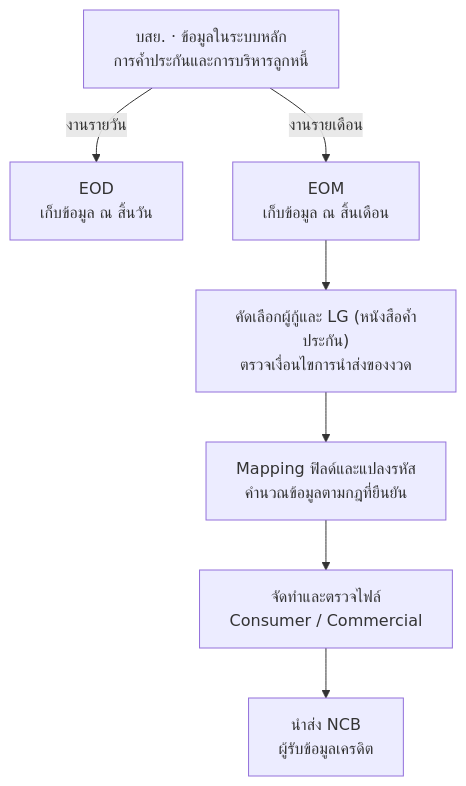
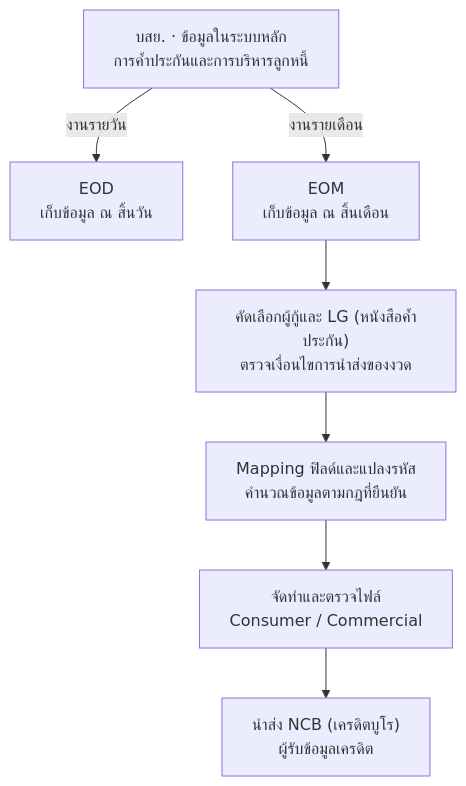
Before and after one commit to yukasung/eodncb: the first of 4 diagrams in app/overview/page.mdx, drawn with Mermaid. The commit also changed other lines of this file and 16 other files, not shown here.

````diff
--- a/app/overview/page.mdx
+++ b/app/overview/page.mdx
@@ -44,10 +50,10 @@
 ```mermaid
 flowchart TD
     A["บสย. · ข้อมูลในระบบหลัก<br/>การค้ำประกันและการบริหารลูกหนี้"]
     A -->|งานรายวัน| B["EOD<br/>เก็บข้อมูล ณ สิ้นวัน"]
     A -->|งานรายเดือน| C["EOM<br/>เก็บข้อมูล ณ สิ้นเดือน"]
     C --> D["คัดเลือกผู้กู้และ LG (หนังสือค้ำประกัน)<br/>ตรวจเงื่อนไขการนำส่งของงวด"]
     D --> E["Mapping ฟิลด์และแปลงรหัส<br/>คำนวณข้อมูลตามกฎที่ยืนยัน"]
     E --> F["จัดทำและตรวจไฟล์<br/>Consumer / Commercial"]
-    F --> G["นำส่ง NCB<br/>ผู้รับข้อมูลเครดิต"]
+    F --> G["นำส่ง NCB (เครดิตบูโร)<br/>ผู้รับข้อมูลเครดิต"]
 ```
````
